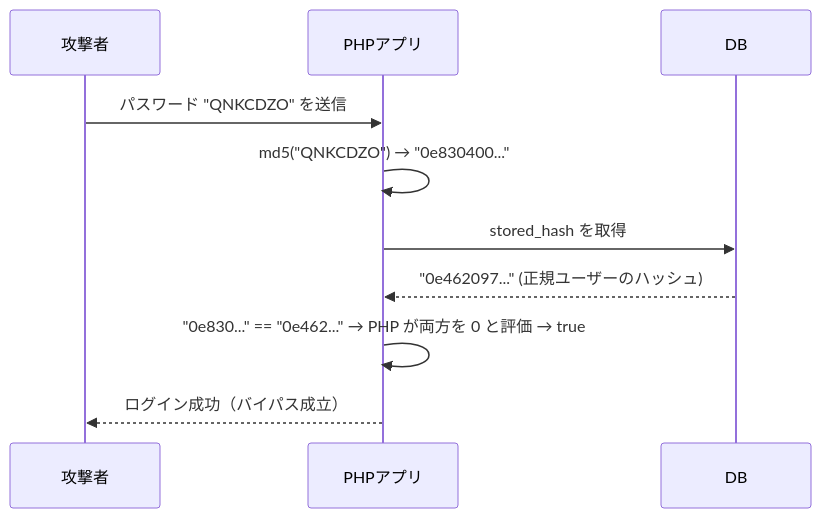
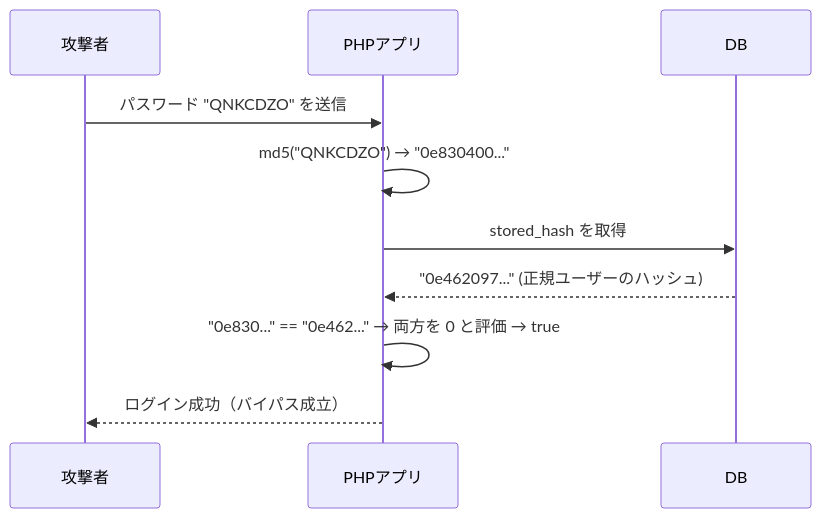
One commit to Omni-lab26/recon0x-content changed the third of 3 diagrams in articles/binary-hex-bitops/index.mdx. Above: the diagram before and after it, drawn with Mermaid. The commit also changed other lines of this file, not shown here.

````diff
--- a/articles/binary-hex-bitops/index.mdx
+++ b/articles/binary-hex-bitops/index.mdx
@@ -243,13 +246,13 @@
 ```mermaid
 sequenceDiagram
     participant 攻撃者
     participant PHPアプリ
     participant DB
 
     攻撃者->>PHPアプリ: パスワード "QNKCDZO" を送信
     PHPアプリ->>PHPアプリ: md5("QNKCDZO") → "0e830400..."
     PHPアプリ->>DB: stored_hash を取得
     DB-->>PHPアプリ: "0e462097..." (正規ユーザーのハッシュ)
-    PHPアプリ->>PHPアプリ: "0e830..." == "0e462..." → PHP が両方を 0 と評価 → true
+    PHPアプリ->>PHPアプリ: "0e830..." == "0e462..." → 両方を 0 と評価 → true
     PHPアプリ-->>攻撃者: ログイン成功（バイパス成立）
 ```
````
